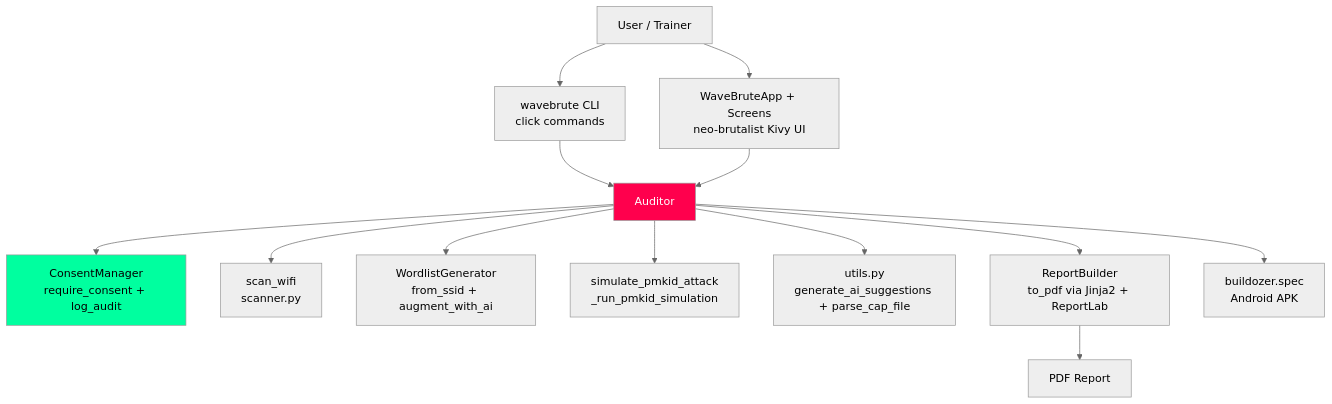
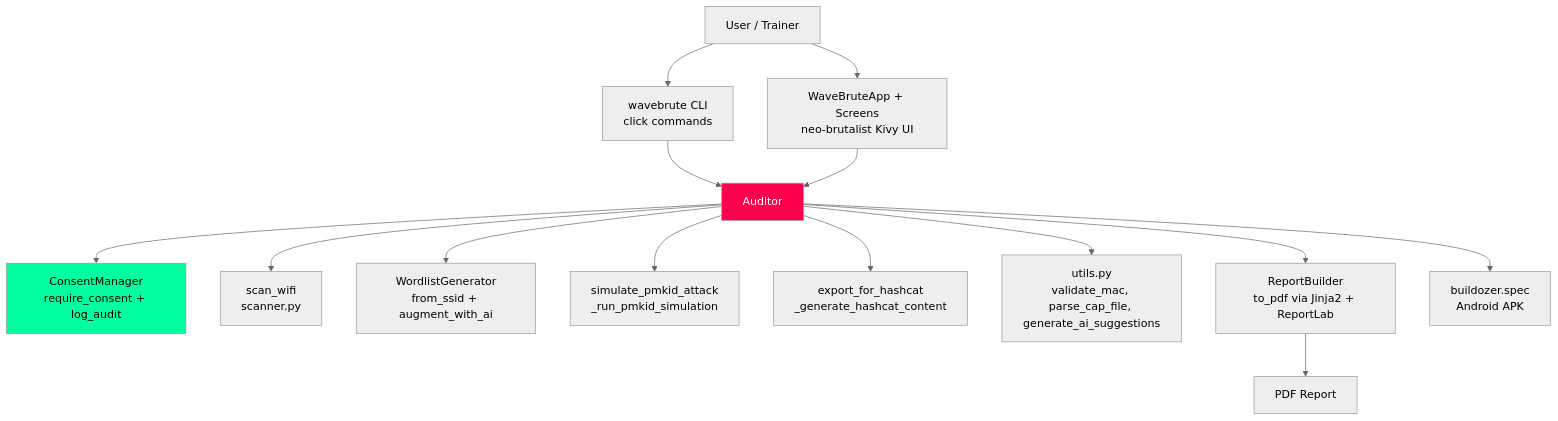
The diagram in README.md (ajendras/wavebrute), drawn with Mermaid (neutral theme) before and after one commit. The commit also changed other lines of this file and 4 other files, not shown here.

Commit message:
feat(export): integrate optional hashcat export for offline cracking

````diff
--- a/README.md
+++ b/README.md
@@ -184,16 +201,17 @@
 ```mermaid
 graph TD
     User[User / Trainer] --> CLI[wavebrute CLI<br/>click commands]
     User --> GUI[WaveBruteApp + Screens<br/>neo-brutalist Kivy UI]
     CLI & GUI --> Auditor
     Auditor --> Consent[ConsentManager<br/>require_consent + log_audit]
     Auditor --> Scan[scan_wifi<br/>scanner.py]
     Auditor --> Gen[WordlistGenerator<br/>from_ssid + augment_with_ai]
     Auditor --> PMKID[simulate_pmkid_attack<br/>_run_pmkid_simulation]
-    Auditor --> Utils[utils.py<br/>generate_ai_suggestions + parse_cap_file]
+    Auditor --> Hashcat[export_for_hashcat<br/>_generate_hashcat_content]
+    Auditor --> Utils[utils.py<br/>validate_mac, parse_cap_file, generate_ai_suggestions]
     Auditor --> Report[ReportBuilder<br/>to_pdf via Jinja2 + ReportLab]
     Auditor --> Android[buildozer.spec<br/>Android APK]
     Report --> PDF[PDF Report]
     style Auditor fill:#ff004d,color:#fff
     style Consent fill:#00ff9f,color:#000
 ```
````
